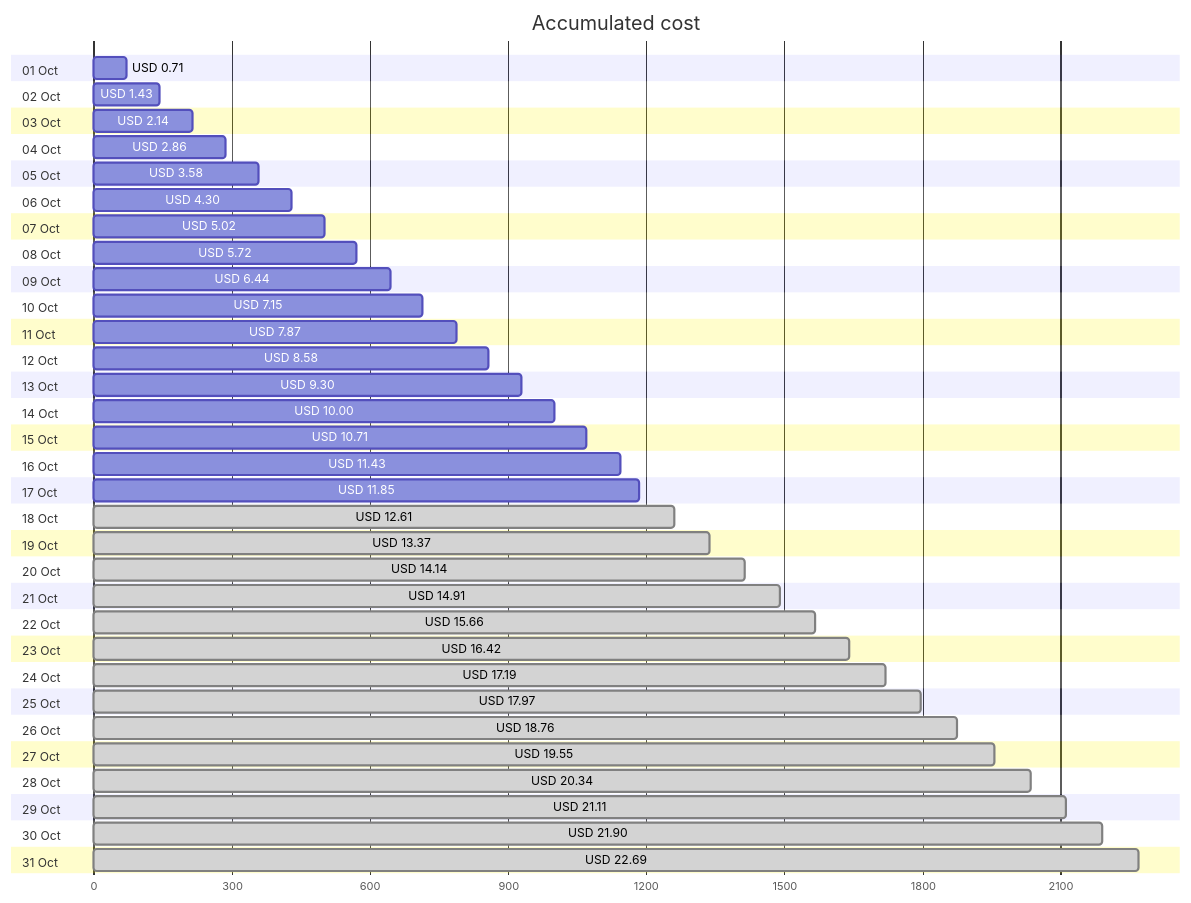
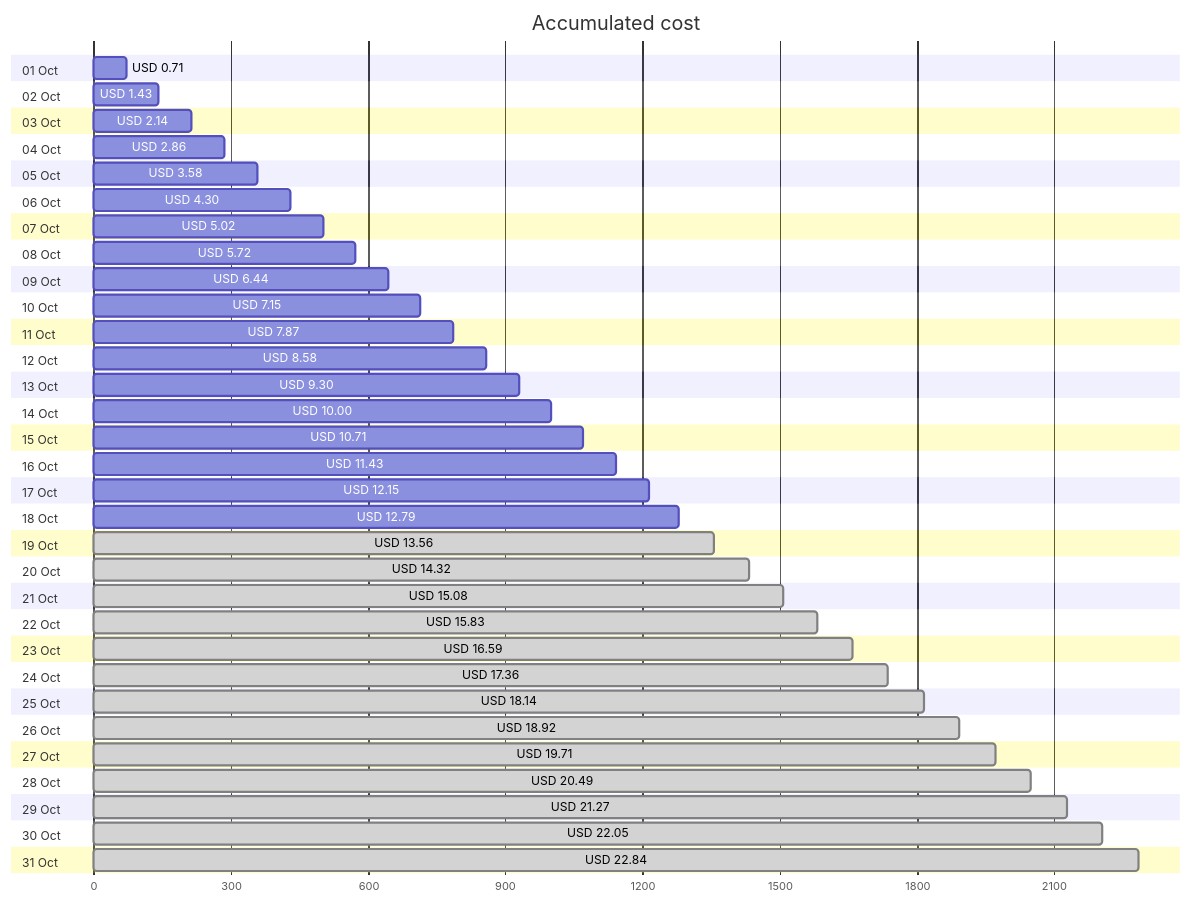
One commit to jpfulton/azure-personal-reports changed the first of 4 diagrams in cost-reports/personal-network/backup-server-data-disk.md. Above: the diagram before and after it, drawn with Mermaid. The commit also changed other lines of this file and 8 other files, not shown here.

````diff
--- a/cost-reports/personal-network/backup-server-data-disk.md
+++ b/cost-reports/personal-network/backup-server-data-disk.md
@@ -20,68 +20,68 @@
 ```mermaid
 gantt
    title Accumulated cost
    dateFormat  X
    axisFormat %s
    section 01 Oct
    USD 0.71 :0, 71
    section 02 Oct
    USD 1.43 :0, 143
    section 03 Oct
    USD 2.14 :0, 214
    section 04 Oct
    USD 2.86 :0, 286
    section 05 Oct
    USD 3.58 :0, 358
    section 06 Oct
    USD 4.30 :0, 430
    section 07 Oct
    USD 5.02 :0, 502
    section 08 Oct
    USD 5.72 :0, 572
    section 09 Oct
    USD 6.44 :0, 644
    section 10 Oct
    USD 7.15 :0, 715
    section 11 Oct
    USD 7.87 :0, 787
    section 12 Oct
    USD 8.58 :0, 858
    section 13 Oct
    USD 9.30 :0, 930
    section 14 Oct
    USD 10.00 :0, 1000
    section 15 Oct
    USD 10.71 :0, 1071
    section 16 Oct
    USD 11.43 :0, 1143
    section 17 Oct
-   USD 11.85 :0, 1185
+   USD 12.15 :0, 1215
    section 18 Oct
-   USD 12.61 : done, 0, 1261
+   USD 12.79 :0, 1279
    section 19 Oct
-   USD 13.37 : done, 0, 1337
+   USD 13.56 : done, 0, 1356
    section 20 Oct
-   USD 14.14 : done, 0, 1414
+   USD 14.32 : done, 0, 1432
    section 21 Oct
-   USD 14.91 : done, 0, 1491
+   USD 15.08 : done, 0, 1508
    section 22 Oct
-   USD 15.66 : done, 0, 1566
+   USD 15.83 : done, 0, 1583
    section 23 Oct
-   USD 16.42 : done, 0, 1642
+   USD 16.59 : done, 0, 1659
    section 24 Oct
-   USD 17.19 : done, 0, 1719
+   USD 17.36 : done, 0, 1736
    section 25 Oct
-   USD 17.97 : done, 0, 1797
+   USD 18.14 : done, 0, 1814
    section 26 Oct
-   USD 18.76 : done, 0, 1876
+   USD 18.92 : done, 0, 1892
    section 27 Oct
-   USD 19.55 : done, 0, 1955
+   USD 19.71 : done, 0, 1971
    section 28 Oct
-   USD 20.34 : done, 0, 2034
+   USD 20.49 : done, 0, 2049
    section 29 Oct
-   USD 21.11 : done, 0, 2111
+   USD 21.27 : done, 0, 2127
    section 30 Oct
-   USD 21.90 : done, 0, 2190
+   USD 22.05 : done, 0, 2205
    section 31 Oct
-   USD 22.69 : done, 0, 2269
+   USD 22.84 : done, 0, 2284
 ```
````
